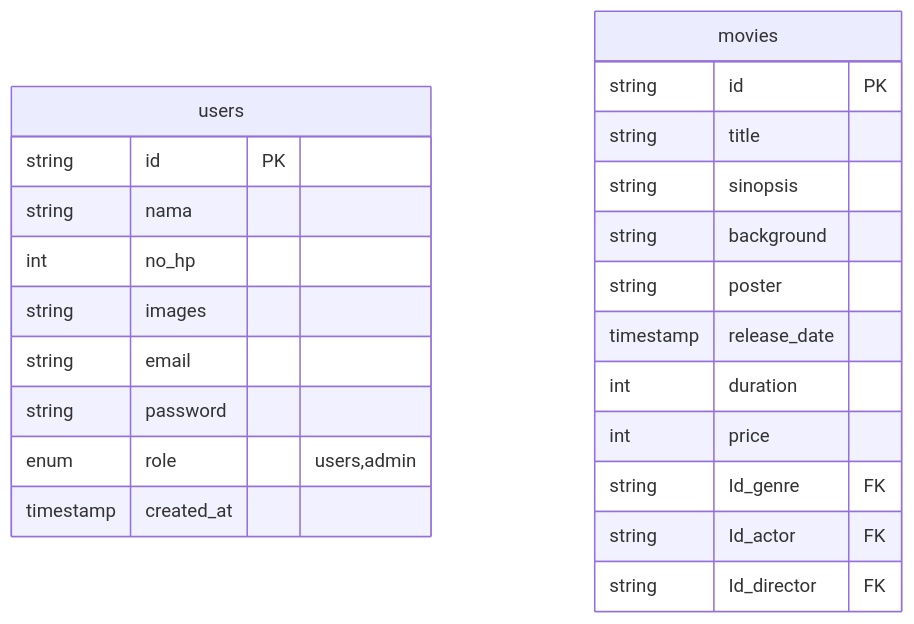
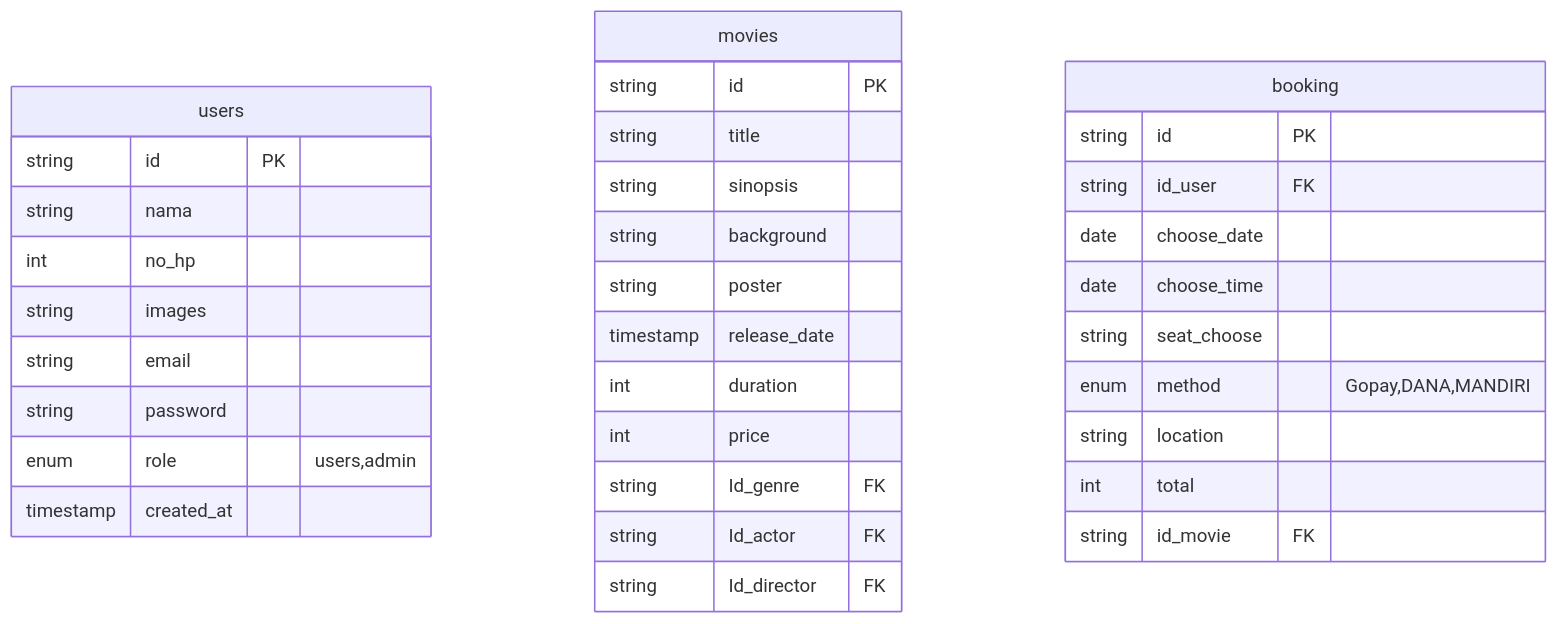
One commit to HN721/fgo24-db-weeklytask changed the diagram in readme.md. Above: the diagram before and after it, drawn with Mermaid.

Commit message:
feat:create table booking

````diff
--- a/readme.md
+++ b/readme.md
@@ -3,28 +3,39 @@
 ```mermaid
 erDiagram
 
 users{
     string id PK
     string nama
     int no_hp
     string images
     string email
     string password
     enum role "users,admin"
     timestamp created_at
 }
 movies{
     string id PK
     string title
     string sinopsis
     string background
     string poster
     timestamp release_date
     int duration
     int price
     string Id_genre FK
     string Id_actor FK
     string Id_director FK
 }
+booking{
+    string id PK
+    string id_user FK
+    date choose_date
+    date choose_time
+    string seat_choose
+    enum method "Gopay,DANA,MANDIRI"
+    string location
+    int total
+    string id_movie FK
+}
 
 ```
````
